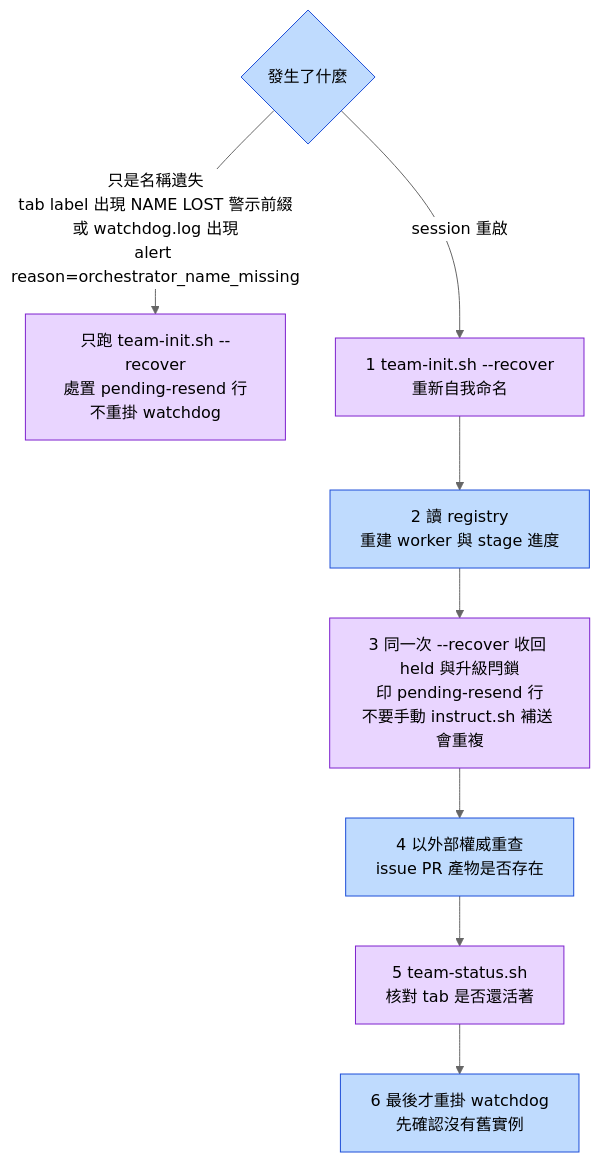
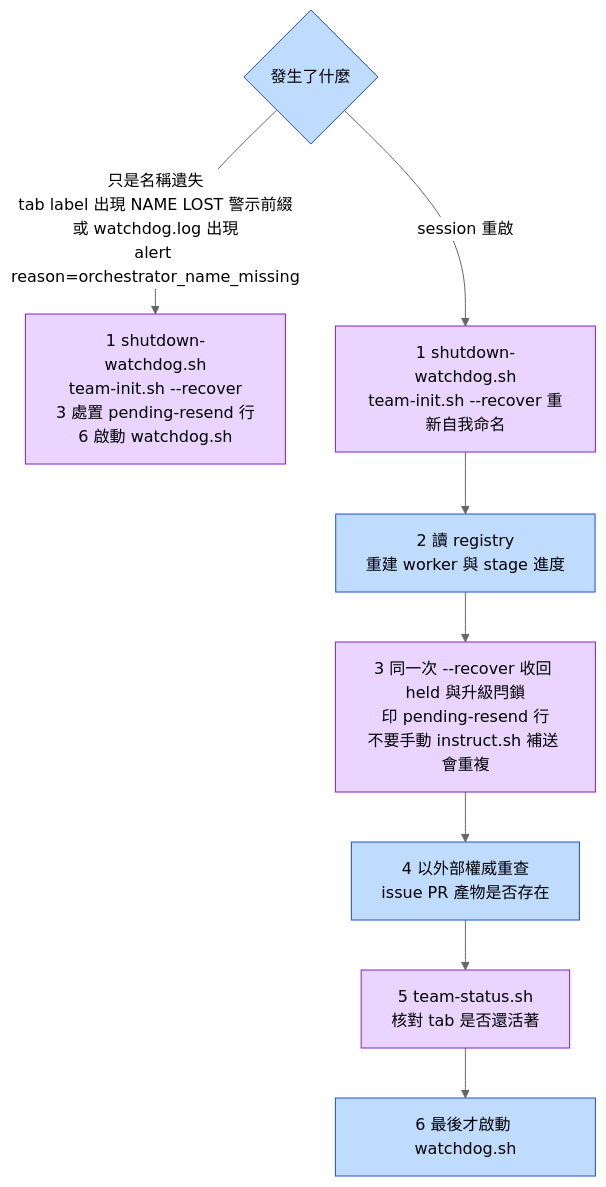
One commit to chenghung/my-claude-code-settings changed diagram 17 of 18 in skills/herdr-agent-team/README.md. Above: the diagram before and after it, drawn with Mermaid (neutral theme). The commit also changed other lines of this file and 13 other files, not shown here.

Commit message:
Make the herdr-agent-team watchdog detach itself, add shutdown-watchdog.sh, and detect existing teams in team-init.sh (#88)

````diff
--- a/skills/herdr-agent-team/README.md
+++ b/skills/herdr-agent-team/README.md
@@ -827,15 +827,15 @@
 ```mermaid
 flowchart TD
-    q{"發生了什麼"} -->|"只是名稱遺失<br/>tab label 出現 NAME LOST 警示前綴<br/>或 watchdog.log 出現<br/>alert reason=orchestrator_name_missing"| n1["只跑 team-init.sh --recover<br/>處置 pending-resend 行<br/>不重掛 watchdog"]
-    q -->|"session 重啟"| r1["1 team-init.sh --recover<br/>重新自我命名"]
+    q{"發生了什麼"} -->|"只是名稱遺失<br/>tab label 出現 NAME LOST 警示前綴<br/>或 watchdog.log 出現<br/>alert reason=orchestrator_name_missing"| n1["1 shutdown-watchdog.sh<br/>team-init.sh --recover<br/>3 處置 pending-resend 行<br/>6 啟動 watchdog.sh"]
+    q -->|"session 重啟"| r1["1 shutdown-watchdog.sh<br/>team-init.sh --recover 重新自我命名"]
     r1 --> r2["2 讀 registry<br/>重建 worker 與 stage 進度"]
     r2 --> r3["3 同一次 --recover 收回 held 與升級閂鎖<br/>印 pending-resend 行<br/>不要手動 instruct.sh 補送 會重複"]
     r3 --> r4["4 以外部權威重查<br/>issue PR 產物是否存在"]
     r4 --> r5["5 team-status.sh<br/>核對 tab 是否還活著"]
-    r5 --> r6["6 最後才重掛 watchdog<br/>先確認沒有舊實例"]
+    r5 --> r6["6 最後才啟動 watchdog.sh"]
 
     classDef kOrch fill:#bfdbfe,stroke:#1d4ed8,color:#000
     classDef kScript fill:#e9d5ff,stroke:#7e22ce,color:#000
     class q,r2,r4,r6 kOrch
     class n1,r1,r3,r5 kScript
 ```
````
